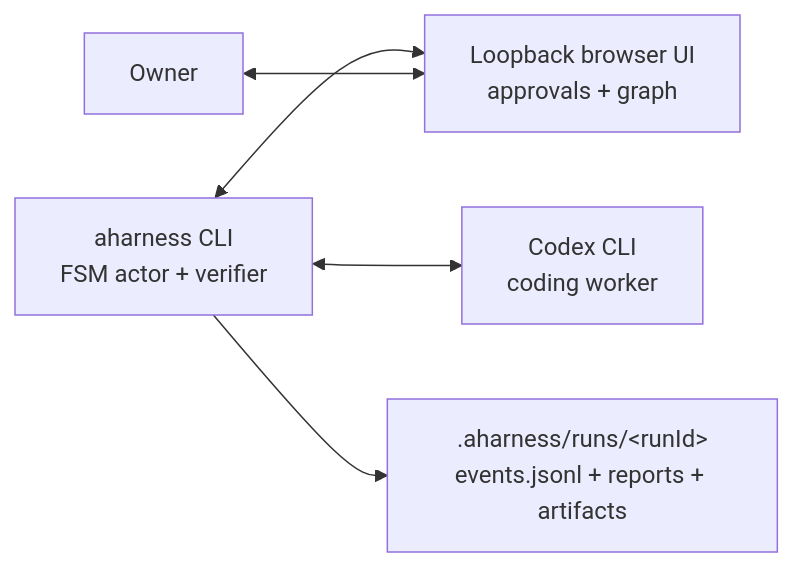
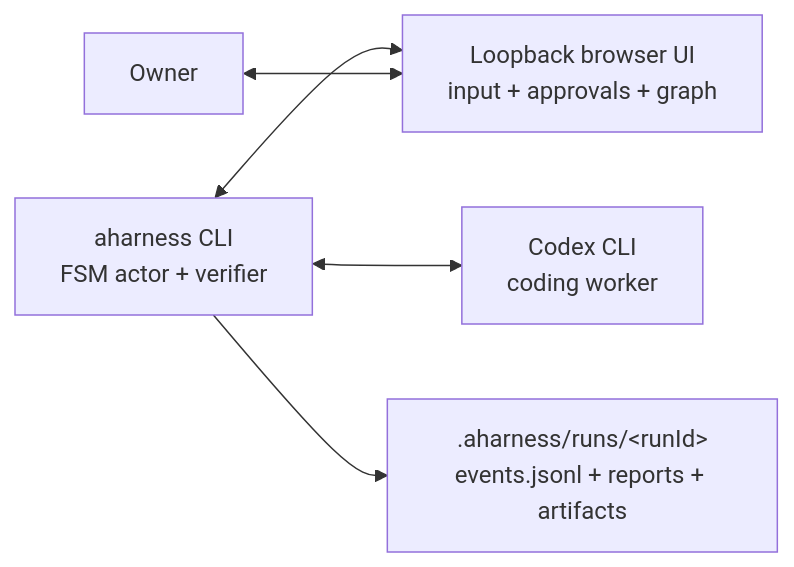
One commit to Alfredvc/aharness changed the diagram in README.md. Above: the diagram before and after it, drawn with Mermaid. The commit also changed other lines of this file and 19 other files, not shown here.

````diff
--- a/README.md
+++ b/README.md
@@ -182,13 +182,13 @@
 ```mermaid
 flowchart LR
     Owner["Owner"]
     Codex["Codex CLI<br/>coding worker"]
     Aharness["aharness CLI<br/>FSM actor + verifier"]
-    Browser["Loopback browser UI<br/>approvals + graph"]
+    Browser["Loopback browser UI<br/>input + approvals + graph"]
     Runs[".aharness/runs/&lt;runId&gt;<br/>events.jsonl + reports + artifacts"]
 
     Aharness <--> Codex
     Aharness <--> Browser
     Owner <--> Browser
     Aharness --> Runs
 ```
````
